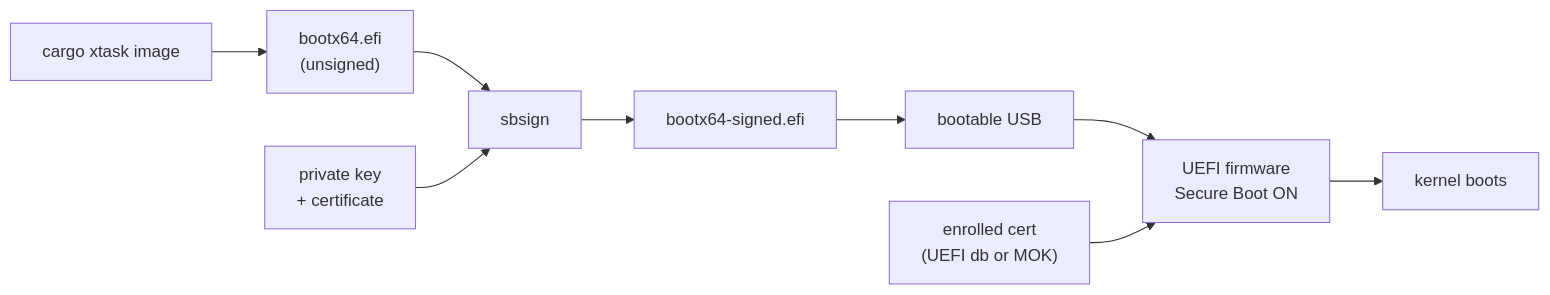
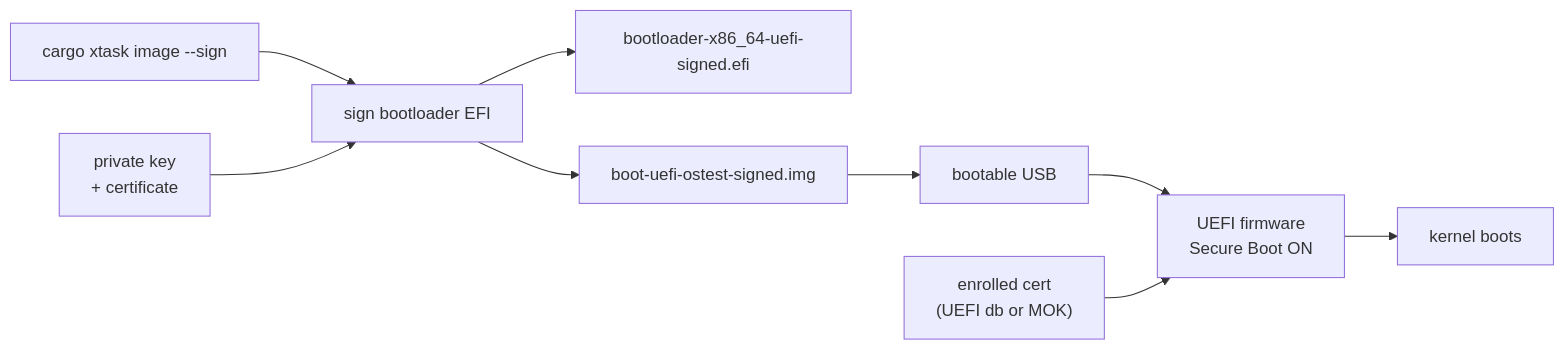
One commit to mikecubed/m3OS changed the diagram in docs/roadmap/10-secure-boot.md. Above: the diagram before and after it, drawn with Mermaid. The commit also changed other lines of this file and 9 other files, not shown here.

````diff
--- a/docs/roadmap/10-secure-boot.md
+++ b/docs/roadmap/10-secure-boot.md
@@ -8,11 +8,11 @@
 ```mermaid
 flowchart LR
-    Build["cargo xtask image"] --> EFI["bootx64.efi<br/>(unsigned)"]
-    EFI --> Sign["sbsign"]
+    Build["cargo xtask image --sign"] --> Sign["sign bootloader EFI"]
     Key["private key<br/>+ certificate"] --> Sign
-    Sign --> Signed["bootx64-signed.efi"]
-    Signed --> USB["bootable USB"]
+    Sign --> EFI["bootloader-x86_64-uefi-signed.efi"]
+    Sign --> IMG["boot-uefi-ostest-signed.img"]
+    IMG --> USB["bootable USB"]
     USB --> FW["UEFI firmware<br/>Secure Boot ON"]
     Enrolled["enrolled cert<br/>(UEFI db or MOK)"] --> FW
     FW --> Boot["kernel boots"]
 ```
````
